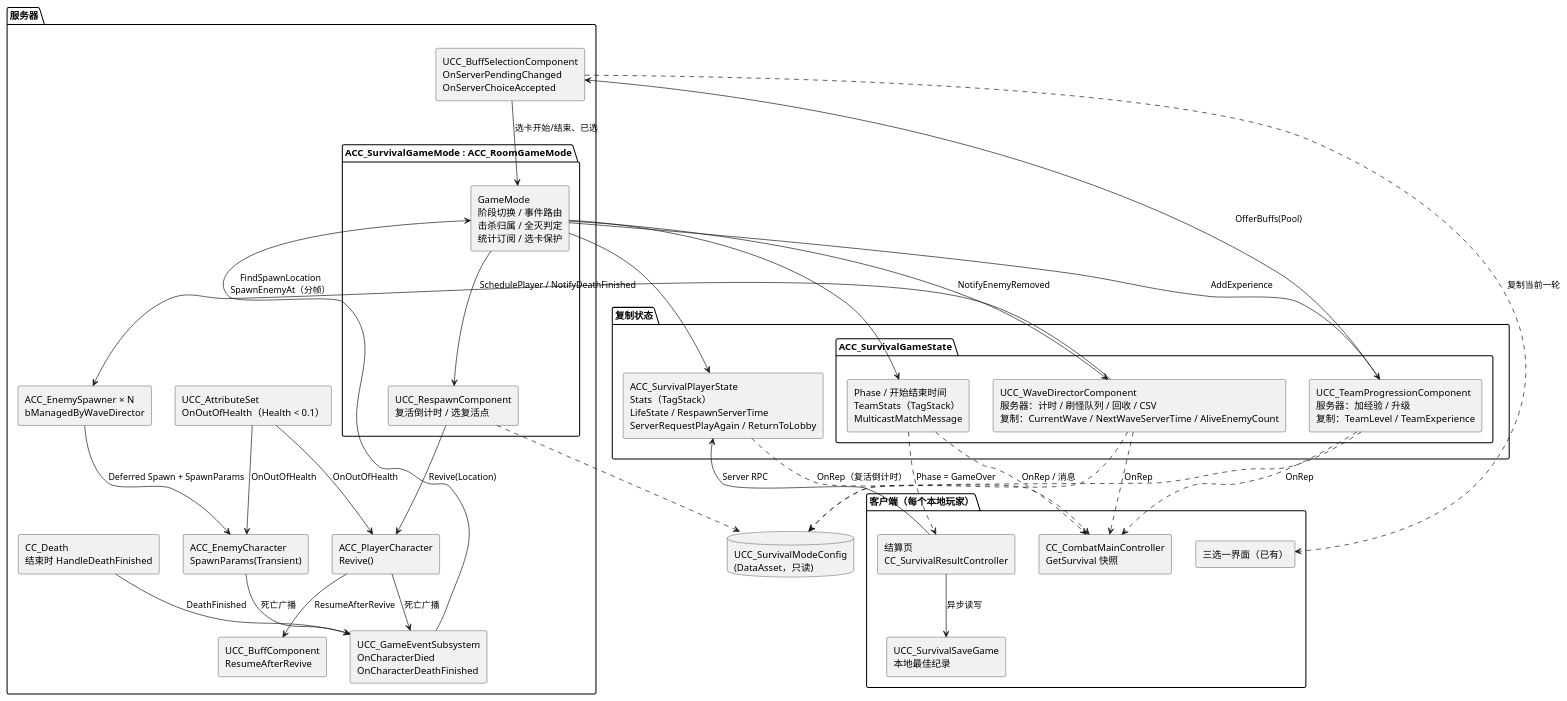
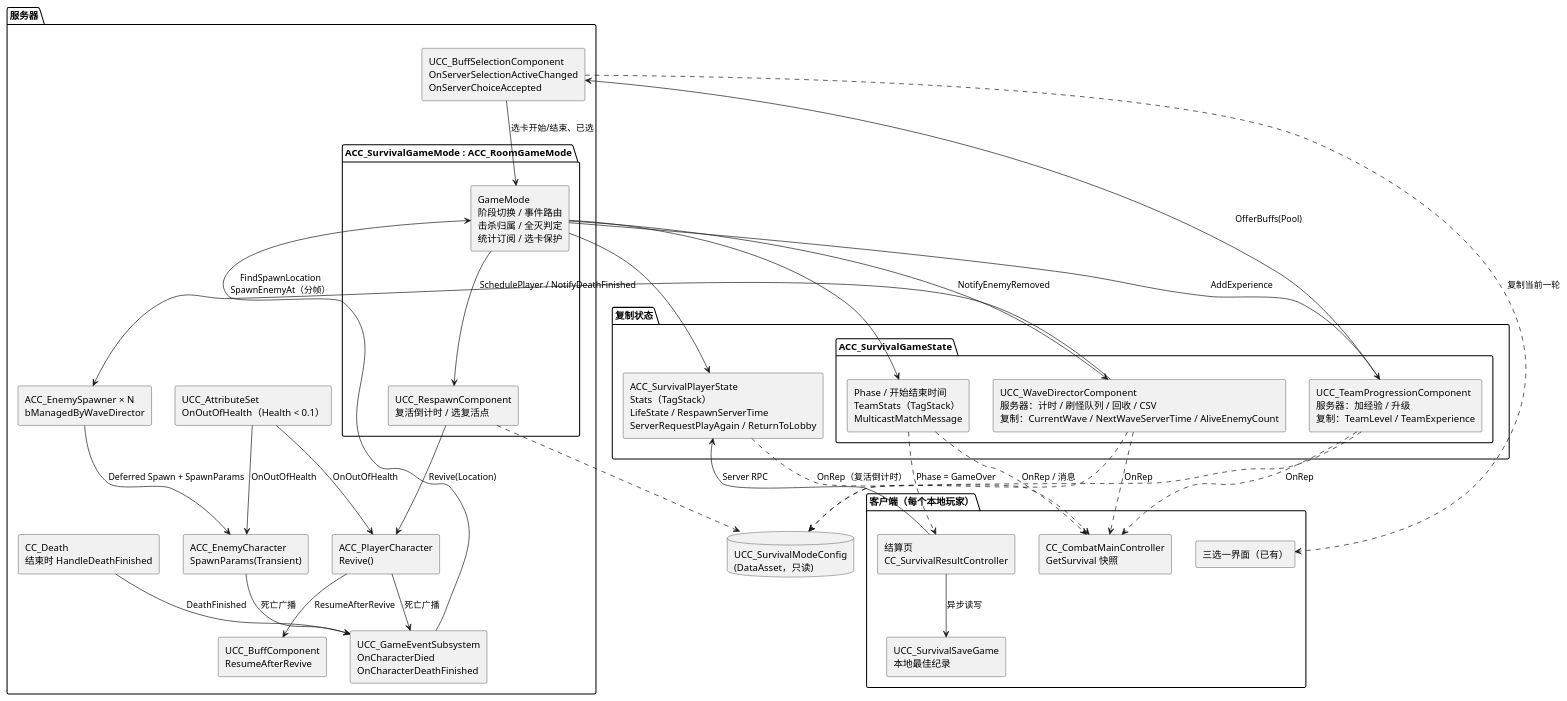
Before and after one commit to peng984251536/GAS_Demo: the second of 11 diagrams in Docs/SurvivalMode.zh-CN.md, drawn with PlantUML. The commit also changed other lines of this file and 64 other files, not shown here.

````diff
--- a/Docs/SurvivalMode.zh-CN.md
+++ b/Docs/SurvivalMode.zh-CN.md
@@ -132,70 +132,70 @@
 ```plantuml
 @startuml 生存模式总体架构
 skinparam componentStyle rectangle
 skinparam shadowing false
 skinparam defaultFontName "Microsoft YaHei"
 
 package "服务器" {
   package "ACC_SurvivalGameMode : ACC_RoomGameMode" {
     [GameMode\n阶段切换 / 事件路由\n击杀归属 / 全灭判定\n统计订阅 / 选卡保护] as GM
     [UCC_RespawnComponent\n复活倒计时 / 选复活点] as RC
   }
   [UCC_GameEventSubsystem\nOnCharacterDied\nOnCharacterDeathFinished] as GES
   [ACC_EnemySpawner × N\nbManagedByWaveDirector] as SP
   [ACC_EnemyCharacter\nSpawnParams(Transient)] as EN
   [ACC_PlayerCharacter\nRevive()] as PC
   [UCC_AttributeSet\nOnOutOfHealth（Health < 0.1）] as AS
   [CC_Death\n结束时 HandleDeathFinished] as DA
-  [UCC_BuffSelectionComponent\nOnServerPendingChanged\nOnServerChoiceAccepted] as BS
+  [UCC_BuffSelectionComponent\nOnServerSelectionActiveChanged\nOnServerChoiceAccepted] as BS
   [UCC_BuffComponent\nResumeAfterRevive] as BC
 }
 
 package "复制状态" {
   package "ACC_SurvivalGameState" {
     [Phase / 开始结束时间\nTeamStats（TagStack）\nMulticastMatchMessage] as GS
     [UCC_WaveDirectorComponent\n服务器：计时 / 刷怪队列 / 回收 / CSV\n复制：CurrentWave / NextWaveServerTime / AliveEnemyCount] as WD
     [UCC_TeamProgressionComponent\n服务器：加经验 / 升级\n复制：TeamLevel / TeamExperience] as TP
   }
   [ACC_SurvivalPlayerState\nStats（TagStack）\nLifeState / RespawnServerTime\nServerRequestPlayAgain / ReturnToLobby] as PS
 }
 
 package "客户端（每个本地玩家）" {
   [CC_CombatMainController\nGetSurvival 快照] as HUD
   [结算页\nCC_SurvivalResultController] as RES
   [UCC_SurvivalSaveGame\n本地最佳纪录] as SAVE
   [三选一界面（已有）] as SEL
 }
 
 database "UCC_SurvivalModeConfig\n(DataAsset，只读)" as CFG
 
 AS --> EN : OnOutOfHealth
 AS --> PC : OnOutOfHealth
 EN --> GES : 死亡广播
 PC --> GES : 死亡广播
 DA --> GES : DeathFinished
 GES --> GM
 GM --> WD : NotifyEnemyRemoved
 GM --> TP : AddExperience
 GM --> RC : SchedulePlayer / NotifyDeathFinished
 GM --> GS
 GM --> PS
 BS --> GM : 选卡开始/结束、已选
 WD --> SP : FindSpawnLocation\nSpawnEnemyAt（分帧）
 SP --> EN : Deferred Spawn + SpawnParams
 TP --> BS : OfferBuffs(Pool)
 RC --> PC : Revive(Location)
 PC --> BC : ResumeAfterRevive
 WD ..> CFG
 TP ..> CFG
 RC ..> CFG
 
 GS ..> HUD : OnRep / 消息
 WD ..> HUD : OnRep
 TP ..> HUD : OnRep
 PS ..> HUD : OnRep（复活倒计时）
 GS ..> RES : Phase = GameOver
 RES --> SAVE : 异步读写
 RES --> PS : Server RPC
 BS ..> SEL : 复制当前一轮
 @enduml
 ```
````
